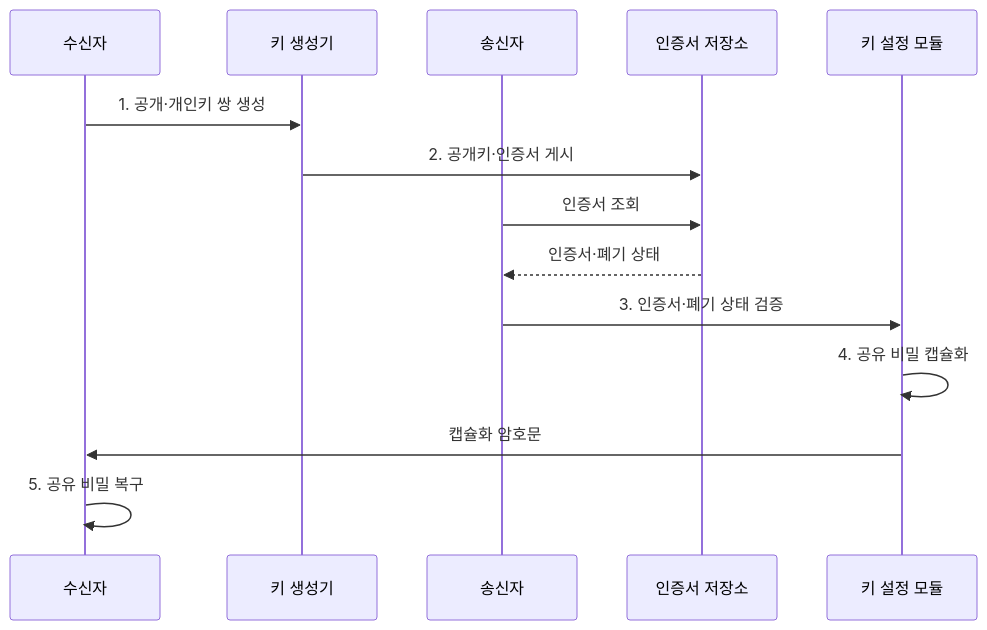
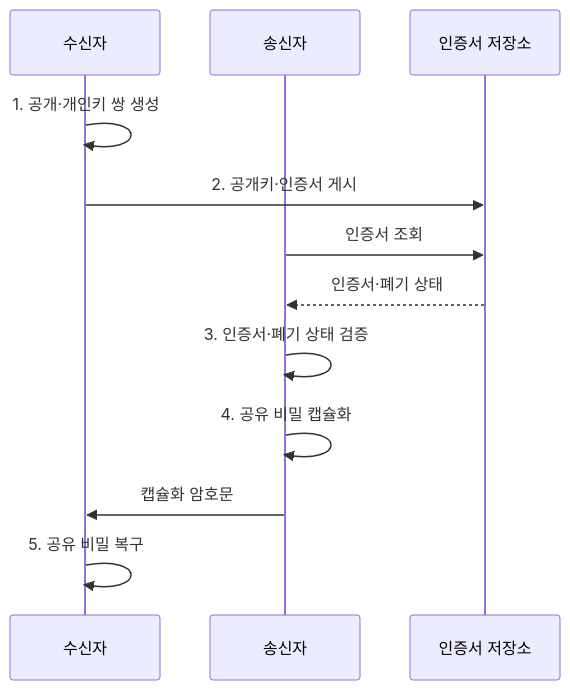
The second of 2 diagrams in src/content/docs/notes/05-security/002_asymmetric_encryption.md (agnusdei1207/knowledge-base), drawn with Mermaid before and after one commit. The commit also changed 9 other files, not shown here.

Commit message:
Focus cryptography sequence actors

````diff
--- a/src/content/docs/notes/05-security/002_asymmetric_encryption.md
+++ b/src/content/docs/notes/05-security/002_asymmetric_encryption.md
@@ -101,16 +101,14 @@
 ```mermaid
 sequenceDiagram
     participant R as 수신자
-    participant G as 키 생성기
     participant S as 송신자
     participant C as 인증서 저장소
-    participant K as 키 설정 모듈
-    R->>G: 1. 공개·개인키 쌍 생성
-    G->>C: 2. 공개키·인증서 게시
+    R->>R: 1. 공개·개인키 쌍 생성
+    R->>C: 2. 공개키·인증서 게시
     S->>C: 인증서 조회
     C-->>S: 인증서·폐기 상태
-    S->>K: 3. 인증서·폐기 상태 검증
-    K->>K: 4. 공유 비밀 캡슐화
-    K->>R: 캡슐화 암호문
+    S->>S: 3. 인증서·폐기 상태 검증
+    S->>S: 4. 공유 비밀 캡슐화
+    S->>R: 캡슐화 암호문
     R->>R: 5. 공유 비밀 복구
 ```
````
